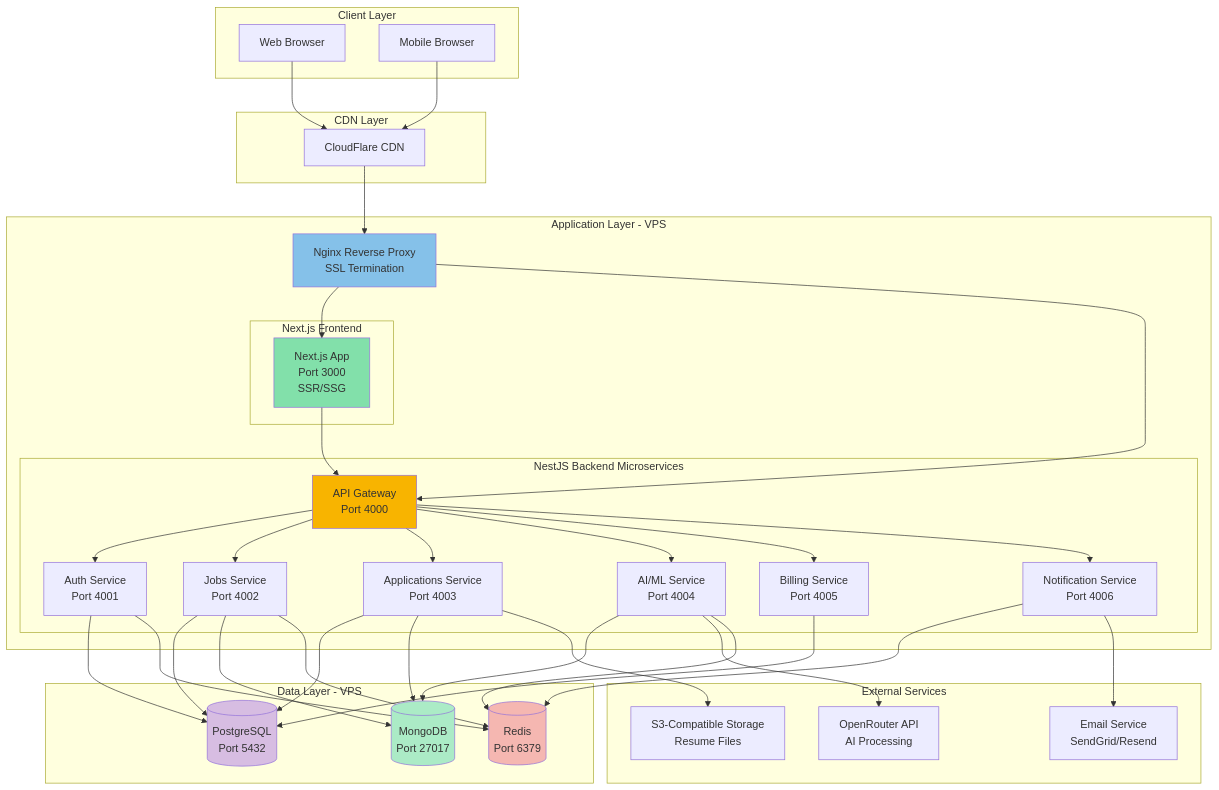
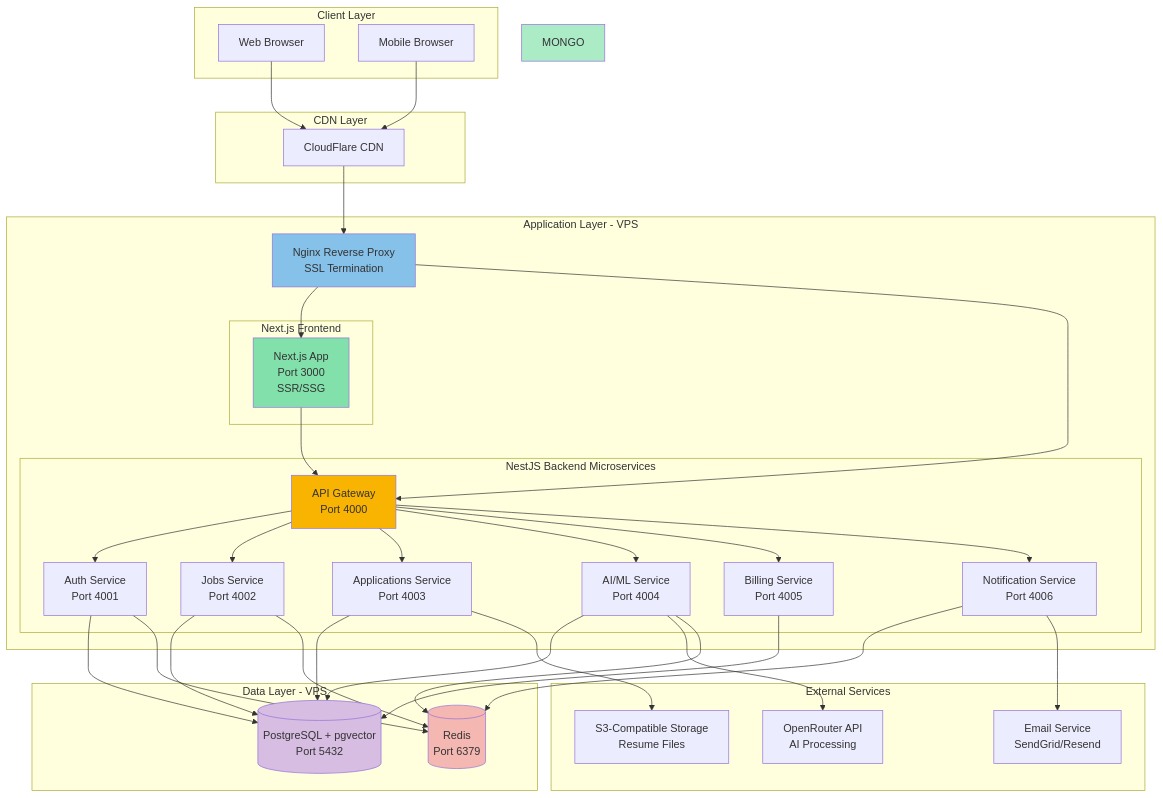
The first of 6 diagrams in initial-tech-plan.md (mhmmdkhoulani/job-portal), drawn with Mermaid before and after one commit. The commit also changed other lines of this file and 7 other files, not shown here.

```diff
--- a/initial-tech-plan.md
+++ b/initial-tech-plan.md
@@ -171,8 +165,7 @@
     end
 
     subgraph "Data Layer - VPS"
-        PG[(PostgreSQL<br/>Port 5432)]
-        MONGO[(MongoDB<br/>Port 27017)]
+        PG[(PostgreSQL + pgvector<br/>Port 5432)]
         REDIS[(Redis<br/>Port 6379)]
     end
 
@@ -202,13 +195,11 @@
     AUTH --> REDIS
 
     JOBS --> PG
-    JOBS --> MONGO
     JOBS --> REDIS
 
     APPS --> PG
-    APPS --> MONGO
 
-    AI --> MONGO
+    AI --> PG
     AI --> OPENROUTER
     AI --> REDIS
 
```
